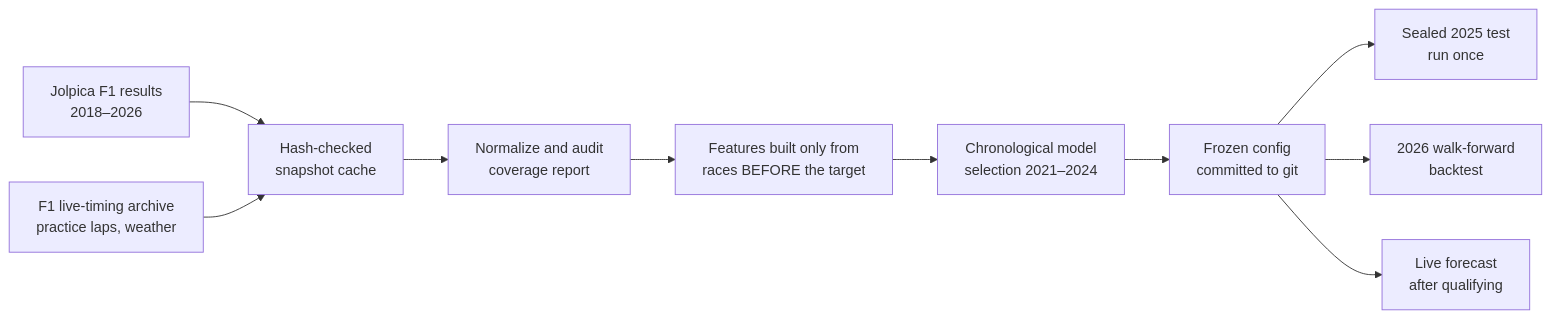
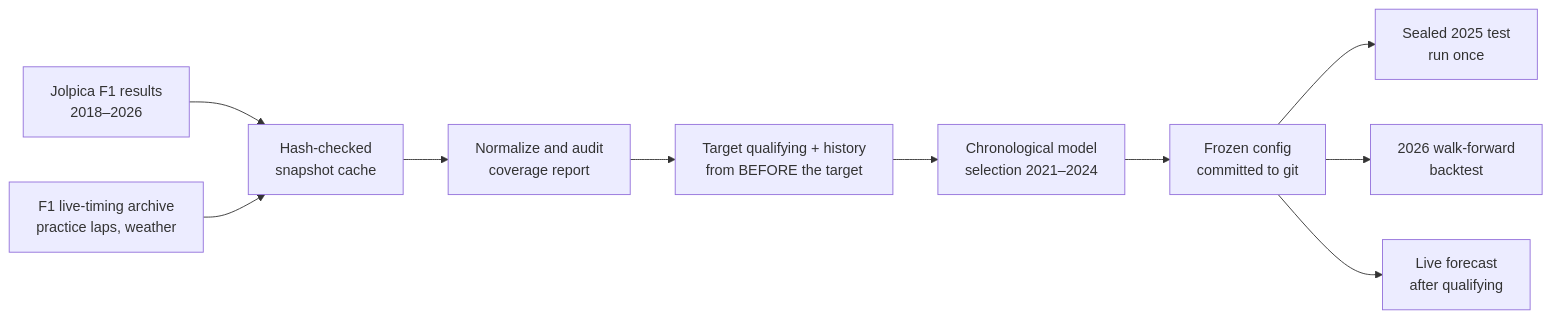
Before and after one commit to reddynitish/f1-points-predictor: the diagram in README.md, drawn with Mermaid. The commit also changed other lines of this file and 2 other files, not shown here.

````diff
--- a/README.md
+++ b/README.md
@@ -48,12 +50,12 @@
 ```mermaid
 flowchart LR
     A[Jolpica F1 results<br/>2018–2026] --> C[Hash-checked<br/>snapshot cache]
     B[F1 live-timing archive<br/>practice laps, weather] --> C
     C --> D[Normalize and audit<br/>coverage report]
-    D --> E[Features built only from<br/>races BEFORE the target]
+    D --> E[Target qualifying + history<br/>from BEFORE the target]
     E --> F[Chronological model<br/>selection 2021–2024]
     F --> G[Frozen config<br/>committed to git]
     G --> H[Sealed 2025 test<br/>run once]
     G --> I[2026 walk-forward<br/>backtest]
     G --> J[Live forecast<br/>after qualifying]
 ```
````
